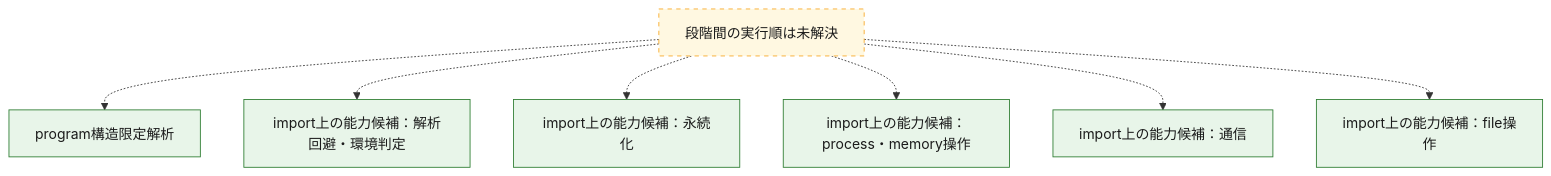
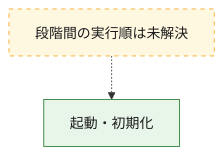
Before and after one commit to proshiba/AI-security-analysis: the first of 3 diagrams in analysis-results/malware/unclassified/versions/unknown/cases/43d0e094c015b78412cc58c2ef1ab1b5734c8096e96add06105cae3e44bfdb8b/OVERALL-LOGIC.md, drawn with Mermaid. The commit also changed other lines of this file and 1743 other files, not shown here.

````diff
--- a/analysis-results/malware/unclassified/versions/unknown/cases/43d0e094c015b78412cc58c2ef1ab1b5734c8096e96add06105cae3e44bfdb8b/OVERALL-LOGIC.md
+++ b/analysis-results/malware/unclassified/versions/unknown/cases/43d0e094c015b78412cc58c2ef1ab1b5734c8096e96add06105cae3e44bfdb8b/OVERALL-LOGIC.md
@@ -16,20 +16,10 @@
 ```mermaid
 flowchart TD
-  exec_01["program構造限定解析"]
-  exec_02["import上の能力候補：解析回避・環境判定"]
-  exec_03["import上の能力候補：永続化"]
-  exec_04["import上の能力候補：process・memory操作"]
-  exec_05["import上の能力候補：通信"]
-  exec_06["import上の能力候補：file操作"]
+  exec_01["起動・初期化"]
   exec_unknown["段階間の実行順は未解決"]
   exec_unknown -.-> exec_01
-  exec_unknown -.-> exec_02
-  exec_unknown -.-> exec_03
-  exec_unknown -.-> exec_04
-  exec_unknown -.-> exec_05
-  exec_unknown -.-> exec_06
   class exec_unknown unresolved
-  class exec_01,exec_02,exec_03,exec_04,exec_05,exec_06 confirmed
+  class exec_01 confirmed
   classDef confirmed fill:#e8f5e9,stroke:#2e7d32,color:#1b1b1b
   classDef unresolved fill:#fff8e1,stroke:#f9a825,color:#1b1b1b,stroke-dasharray:5 5
 ```
````
